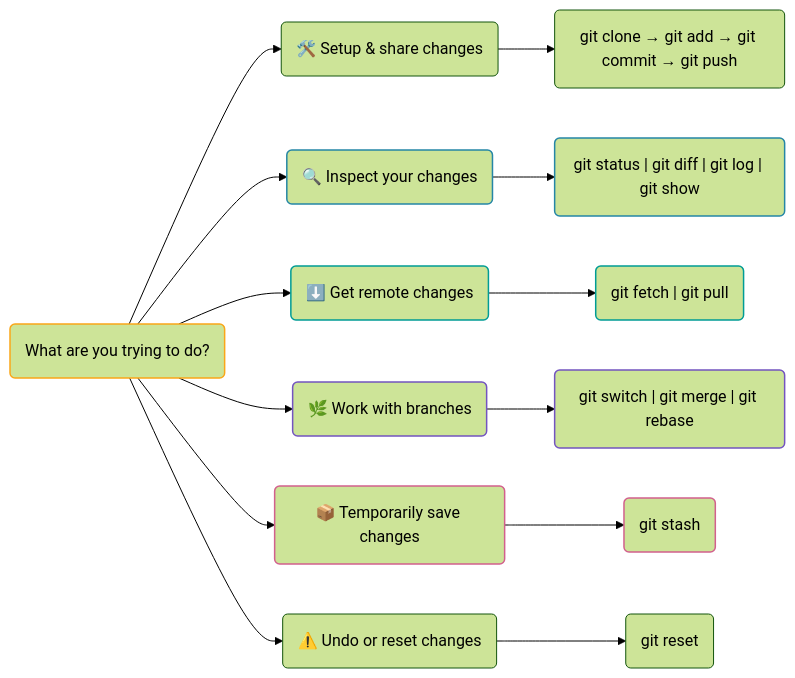
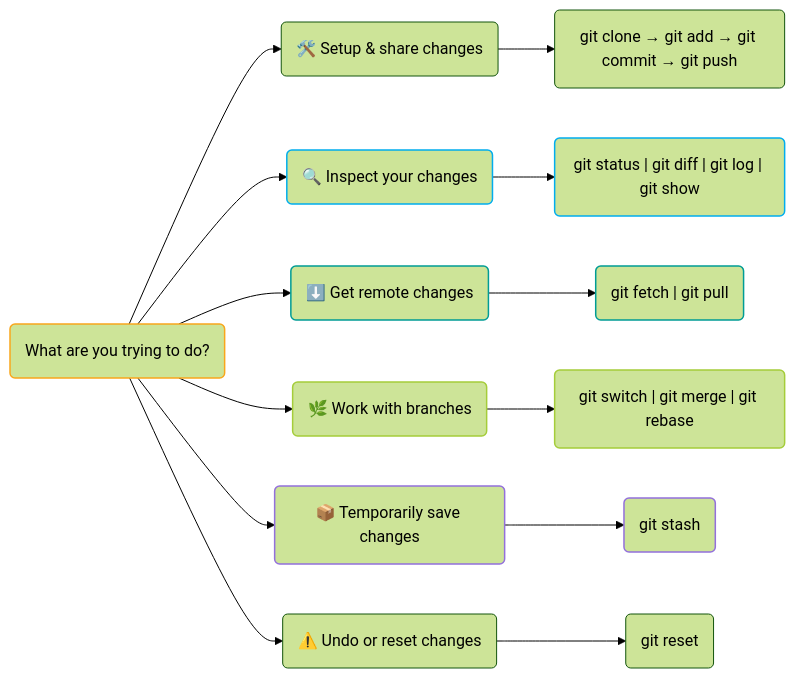
Before and after one commit to ACCESS-NRI/ACCESS-Hive-Docs: the first of 4 diagrams in docs/getting_started/essential_git.md, drawn with Mermaid (forest theme).

Commit message:
Added accessnri colors for flowchart

````diff
--- a/docs/getting_started/essential_git.md
+++ b/docs/getting_started/essential_git.md
@@ -24,30 +24,32 @@
 ```mermaid
 flowchart LR
     A("What are you trying to do?")
 
     A --> B("🛠️ Setup & share changes")
     A --> C("🔍 Inspect your changes")
     A --> D("⬇️ Get remote changes")
     A --> E("🌿 Work with branches")
     A --> F("📦 Temporarily save changes")
     A --> G("⚠️ Undo or reset changes")
 
     B --> B1("git clone → git add → git commit → git push")
     C --> C1("git status | git diff | git log | git show")
     D --> D1("git fetch | git pull")
     E --> E1("git switch | git merge | git rebase")
     F --> F1("git stash")
     G --> G1("git reset")
 
-    classDef primary stroke:#FAA619,stroke-width:1.5px
-    classDef inspect stroke:#2586A6,stroke-width:1.5px
+    classDef primary stroke:#F9A61C,stroke-width:1.5px
+    classDef setup stroke:#005B94,stroke-width:1.5px
+    classDef inspect stroke:#01ADEE,stroke-width:1.5px
     classDef update stroke:#009C95,stroke-width:1.5px
-    classDef branch stroke:#7354C0,stroke-width:1.5px
-    classDef stash stroke:#D2608D,stroke-width:1.5px
+    classDef branch stroke:#A5CD3A,stroke-width:1.5px
+    classDef stash stroke:#9370DB,stroke-width:1.5px
+    classDef reset stroke:#D9534F,stroke-width:1.5px
 
     class A primary
     class C,C1 inspect
     class D,D1 update
     class E,E1 branch
     class F,F1 stash
 ```
````
